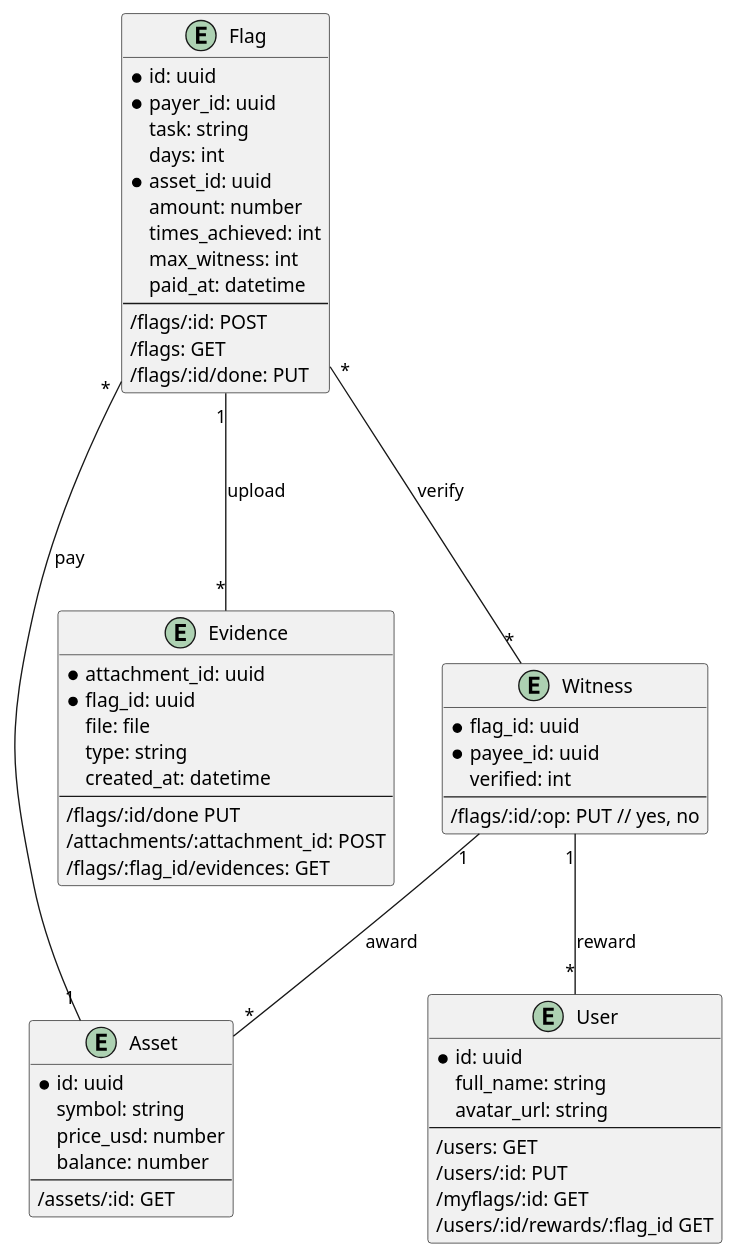
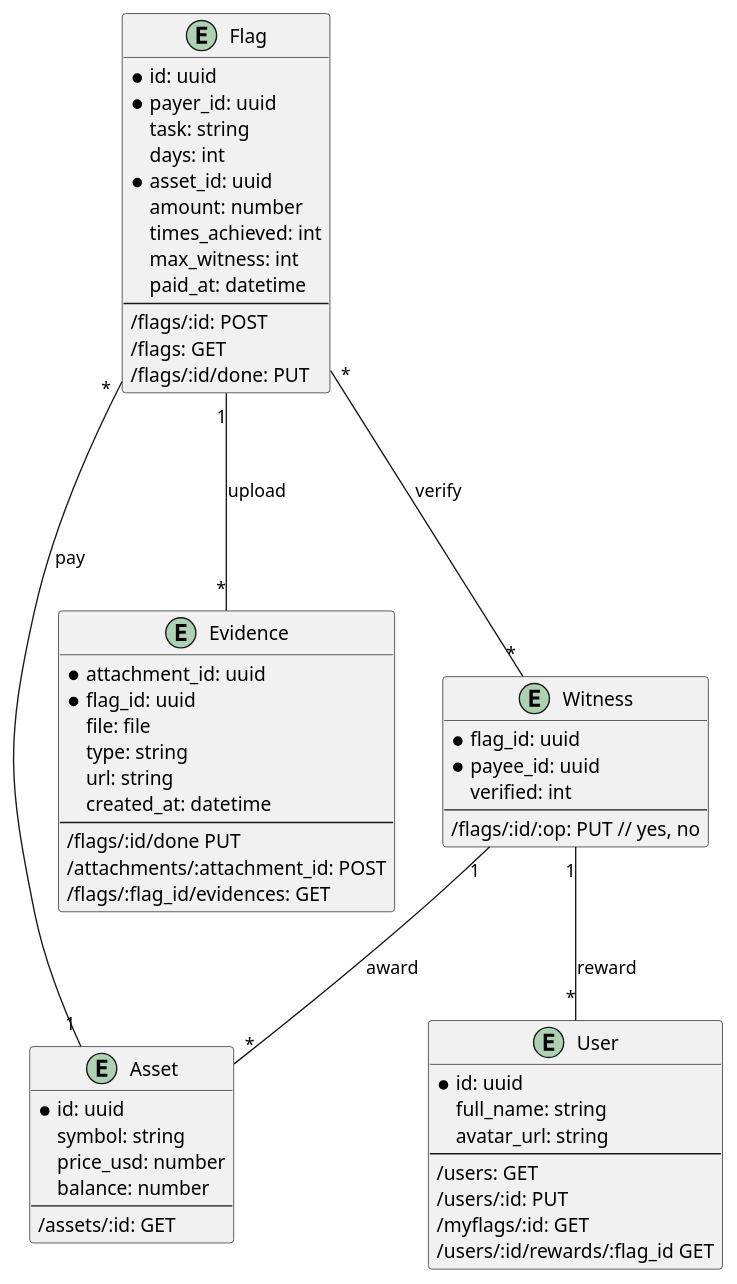
One commit to PioneerDev/setflags changed the diagram in docs/models.puml. Above: the diagram before and after it, drawn with PlantUML. The commit also changed 2 other files, not shown here.

Commit message:
docs: add an URL to evidence structure*

```diff
--- a/docs/models.puml
+++ b/docs/models.puml
@@ -1,65 +1,66 @@
 @startuml
 
 entity User {
    * id: uuid
    full_name: string
    avatar_url: string
    --
    /users: GET
    /users/:id: PUT
    /myflags/:id: GET
    /users/:id/rewards/:flag_id GET
 }
 
 entity Flag {
     * id: uuid
     * payer_id: uuid
     task: string
     days: int
     * asset_id: uuid
     amount: number
     times_achieved: int
     max_witness: int
     paid_at: datetime
     --
     /flags/:id: POST
     /flags: GET
     /flags/:id/done: PUT
 }
 
 entity Asset {
     * id: uuid
     symbol: string
     price_usd: number
     balance: number
     --
     /assets/:id: GET
 }
 
 entity Evidence {
     * attachment_id: uuid
     * flag_id: uuid
     file: file
     type: string
+    url: string
     created_at: datetime
     --
     /flags/:id/done PUT
     /attachments/:attachment_id: POST
     /flags/:flag_id/evidences: GET
 }
 
 entity Witness {
     * flag_id: uuid
     * payee_id: uuid
     verified: int
     --
     /flags/:id/:op: PUT // yes, no
 }
 
 Flag "1" --- "*" Evidence: upload
 Flag "*" --- "1" Asset: pay
 Flag "*" --- "*" Witness: verify
 Witness "1" -- "*" Asset: award 
 Witness "1" -- "*" User: reward 
 
 @enduml
```
